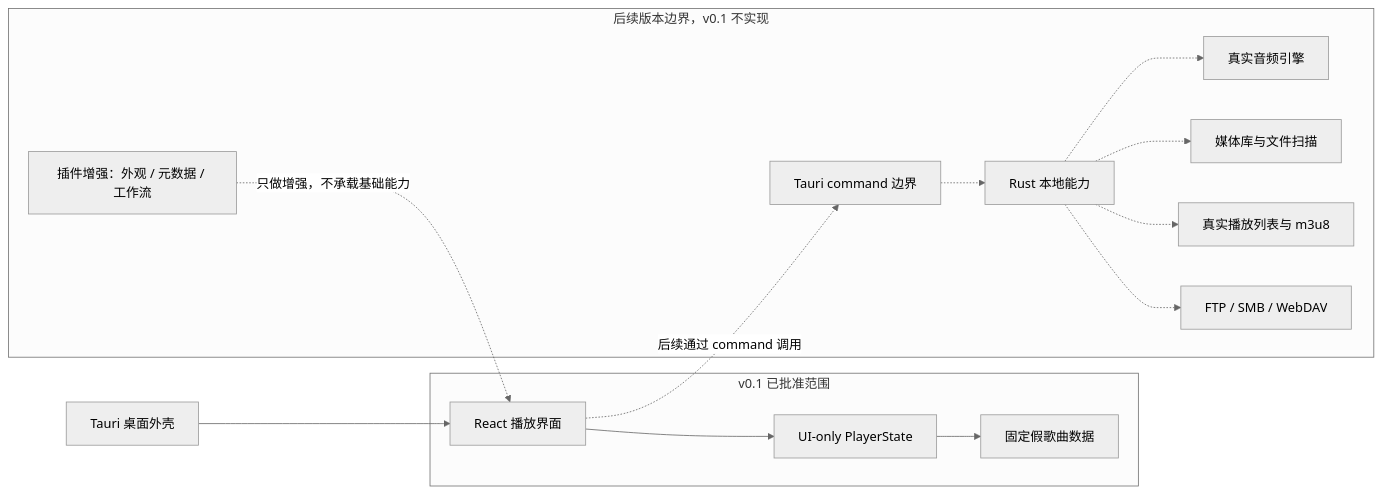
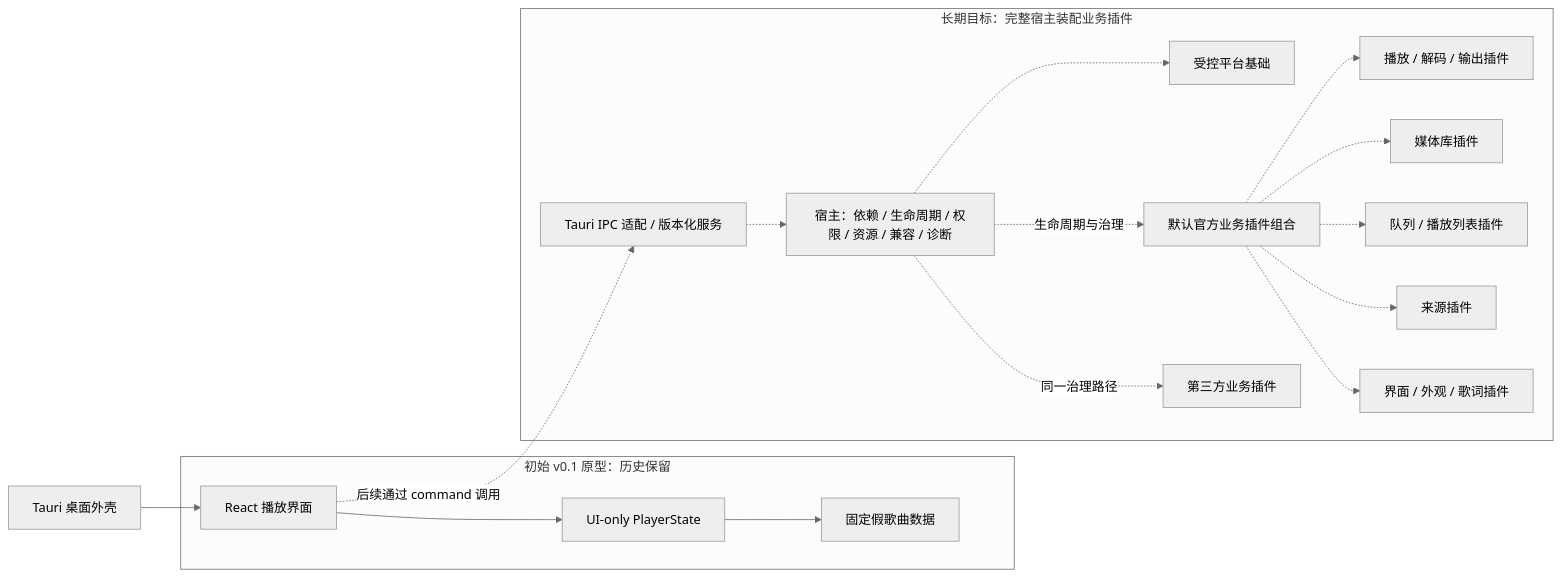
One commit to SpMusic-team/SpMusic changed the diagram in docs/architecture/overall-architecture.md. Above: the diagram before and after it, drawn with Mermaid (neutral theme). The commit also changed other lines of this file and 30 other files, not shown here.

````diff
--- a/docs/architecture/overall-architecture.md
+++ b/docs/architecture/overall-architecture.md
@@ -101,32 +112,38 @@
 ```mermaid
 flowchart LR
-  subgraph V01["v0.1 已批准范围"]
+  subgraph V01["初始 v0.1 原型：历史保留"]
     UI["React 播放界面"]
     State["UI-only PlayerState"]
     FakeTracks["固定假歌曲数据"]
   end
 
   Shell["Tauri 桌面外壳"]
 
-  subgraph Future["后续版本边界，v0.1 不实现"]
-    Commands["Tauri command 边界"]
-    RustLocal["Rust 本地能力"]
-    Audio["真实音频引擎"]
-    Library["媒体库与文件扫描"]
-    Playlists["真实播放列表与 m3u8"]
-    Network["FTP / SMB / WebDAV"]
-    Plugins["插件增强：外观 / 元数据 / 工作流"]
+  subgraph Future["长期目标：完整宿主装配业务插件"]
+    Commands["Tauri IPC 适配 / 版本化服务"]
+    Host["宿主：依赖 / 生命周期 / 权限 / 资源 / 兼容 / 诊断"]
+    Platform["受控平台基础"]
+    Plugins["默认官方业务插件组合"]
+    Audio["播放 / 解码 / 输出插件"]
+    Library["媒体库插件"]
+    Playlists["队列 / 播放列表插件"]
+    Network["来源插件"]
+    Views["界面 / 外观 / 歌词插件"]
+    ThirdParty["第三方业务插件"]
   end
 
   Shell --> UI
   UI --> State
   State --> FakeTracks
 
   UI -. "后续通过 command 调用" .-> Commands
-  Commands -.-> RustLocal
-  RustLocal -.-> Audio
-  RustLocal -.-> Library
-  RustLocal -.-> Playlists
-  RustLocal -.-> Network
-  Plugins -. "只做增强，不承载基础能力" .-> UI
+  Commands -.-> Host
+  Host -.-> Platform
+  Host -. "生命周期与治理" .-> Plugins
+  Host -. "同一治理路径" .-> ThirdParty
+  Plugins -.-> Audio
+  Plugins -.-> Library
+  Plugins -.-> Playlists
+  Plugins -.-> Network
+  Plugins -.-> Views
 ```
````
